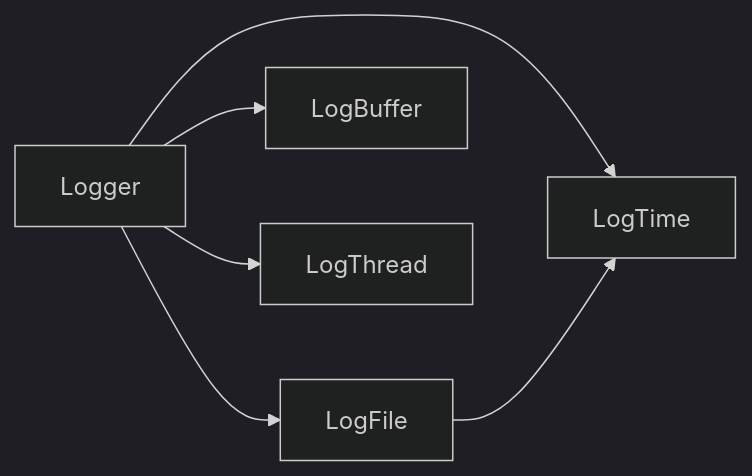
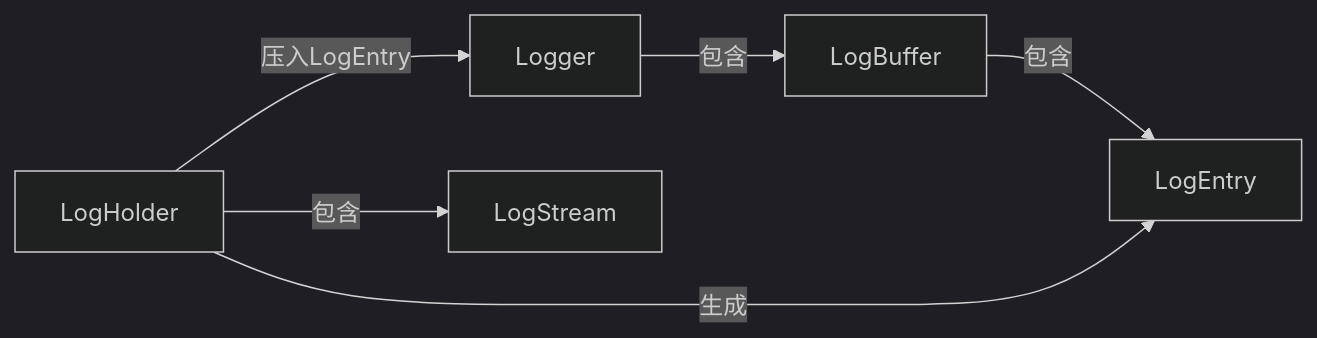
One commit to luqiankun/plog changed the diagram in README.md. Above: the diagram before and after it, drawn with Mermaid (dark theme). The commit also changed other lines of this file and 6 other files, not shown here.

````diff
--- a/README.md
+++ b/README.md
@@ -85,8 +103,8 @@
 ```mermaid
 graph LR
-A[Logger] --> B[LogFile]
-A[Logger] --> C[LogBuffer]
-A[Logger] --> D[LogTime]
-B[LogFile] --> D[LogTime]
-A[Logger] --> E[LogThread]
+A[Logger] --包含--> B[LogBuffer]
+B[LogBuffer] --包含--> C[LogEntry]
+F[LogHolder] --包含--> D[LogStream]
+F[LogHolder] --生成--> C[LogEntry]
+F[LogHolder] --压入LogEntry--> A[Logger]
 ```
````
